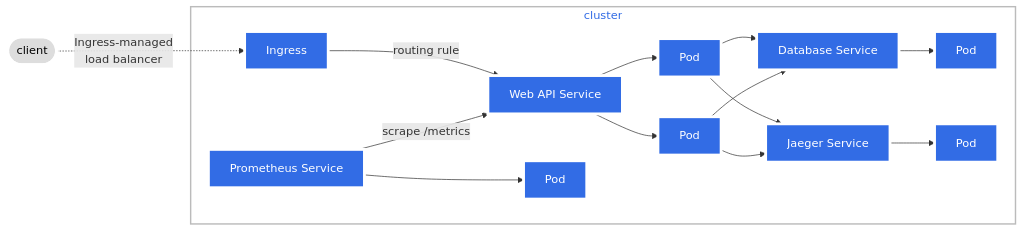
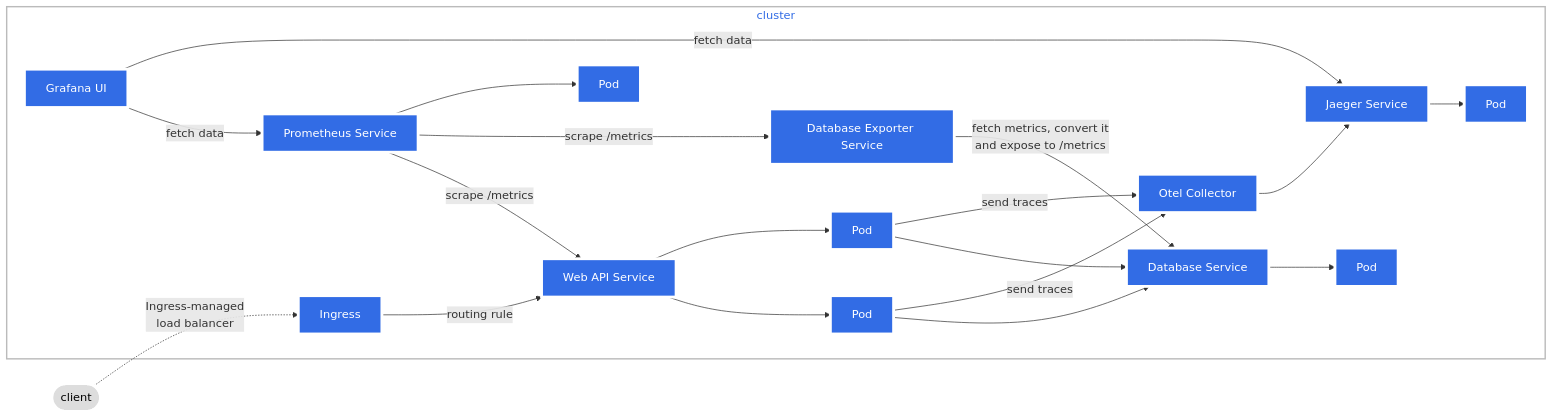
The diagram in README.md (aimericsr/axum-demo), drawn with Mermaid before and after one commit. The commit also changed other lines of this file and 9 other files, not shown here.

Commit message:
Extract k8 metadata with otel collector

````diff
--- a/README.md
+++ b/README.md
@@ -9,28 +9,36 @@
 ```mermaid
 graph LR;
  client([client])-. Ingress-managed <br> load balancer .->ingress[Ingress];
  subgraph cluster
  ingress;
  ingress-->|routing rule|service_web[Web API Service];
  service_web-->pod_web_1[Pod];
  service_web-->pod_web_2[Pod];
 
  pod_web_1-->service_database[Database Service];
  pod_web_2-->service_database[Database Service];
+ pod_web_1-->|send traces|otel_collector[Otel Collector];
+ pod_web_2-->|send traces|otel_collector[Otel Collector];
  service_database-->pod_database_1[Pod];
 
- pod_web_1-->service_jaeger[Jaeger Service];
- pod_web_2-->service_jaeger[Jaeger Service];
+ otel_collector-->service_jaeger[Jaeger Service];
+
  service_jaeger-->pod_jaeger_1[Pod];
 
+ service_database_exporter[Database Exporter Service]-->|fetch metrics, convert it<br/>and expose to /metrics|service_database[Database Service];
+
  service_prometheus[Prometheus Service]-->|scrape /metrics|service_web;
+ service_prometheus[Prometheus Service]-->|scrape /metrics|service_database_exporter[Database Exporter Service];
  service_prometheus-->pod_prometheus_1[Pod];
+
+ grafana[Grafana UI]-->|fetch data|service_prometheus;
+ grafana[Grafana UI]-->|fetch data|service_jaeger;
 
  end
  classDef plain fill:#ddd,stroke:#fff,stroke-width:4px,color:#000;
  classDef k8s fill:#326ce5,stroke:#fff,stroke-width:4px,color:#fff;
  classDef cluster fill:#fff,stroke:#bbb,stroke-width:2px,color:#326ce5;
- class ingress,service_web,service_database,service_prometheus,service_jaeger,pod_web_1,pod_web_2,pod_database_1,pod_jaeger_1,pod_prometheus_1 k8s;
+ class ingress,service_web,service_database,service_database_exporter,service_prometheus,otel_collector,grafana,service_jaeger,pod_web_1,pod_web_2,pod_database_1,pod_jaeger_1,pod_prometheus_1 k8s;
  class client plain;
  class cluster cluster;
 ```
````
